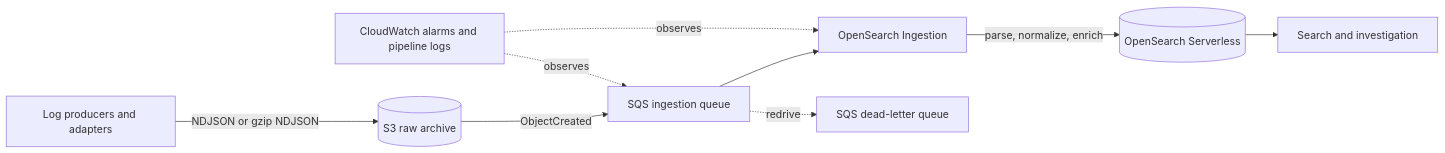
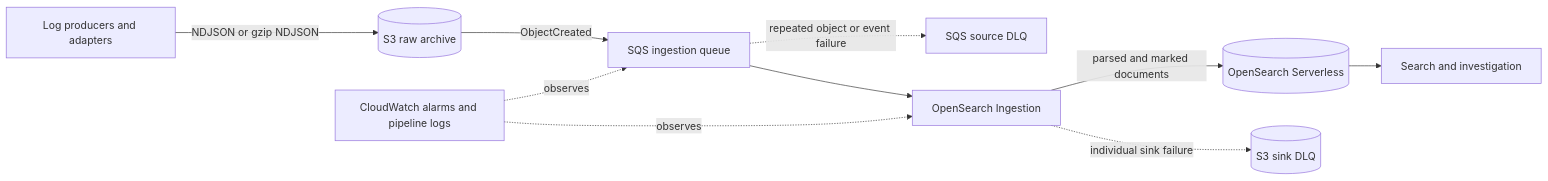
The diagram in README.md (sudoworks-lab/aws-log-platform), drawn with Mermaid before and after one commit. The commit also changed other lines of this file and 41 other files, not shown here.

Commit message:
feat: harden AWS log platform architecture

````diff
--- a/README.md
+++ b/README.md
@@ -13,11 +13,12 @@
 ```mermaid
 flowchart LR
     P[Log producers and adapters] -->|NDJSON or gzip NDJSON| S3[(S3 raw archive)]
     S3 -->|ObjectCreated| Q[SQS ingestion queue]
-    Q --> OSI[OpenSearch Ingestion]
-    Q -. redrive .-> DLQ[SQS dead-letter queue]
-    OSI -->|parse, normalize, enrich| AOSS[(OpenSearch Serverless)]
+    Q -. repeated object or event failure .-> SDLQ[SQS source DLQ]
+    Q --> OSIS[OpenSearch Ingestion]
+    OSIS -->|parsed and marked documents| AOSS[(OpenSearch Serverless)]
+    OSIS -. individual sink failure .-> ODLQ[(S3 sink DLQ)]
     AOSS --> U[Search and investigation]
     CW[CloudWatch alarms and pipeline logs] -. observes .-> Q
-    CW -. observes .-> OSI
+    CW -. observes .-> OSIS
 ```
````
